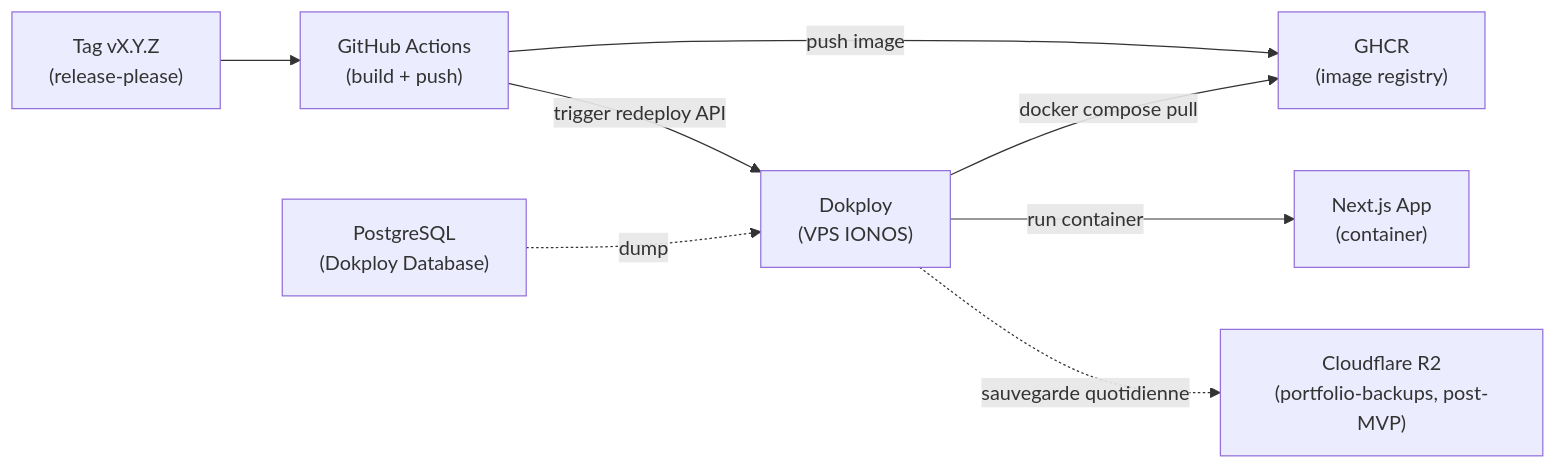
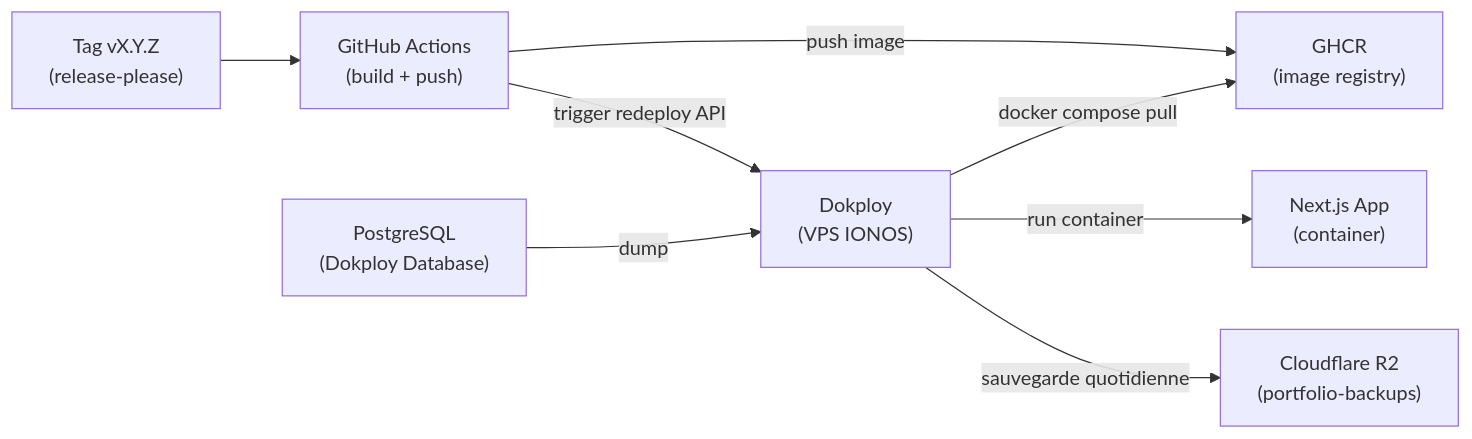
Before and after one commit to thibaud57/thibaud-geisler-portfolio: the second of 4 diagrams in docs/ARCHITECTURE.md, drawn with Mermaid. The commit also changed other lines of this file and 3 other files, not shown here.

````diff
--- a/docs/ARCHITECTURE.md
+++ b/docs/ARCHITECTURE.md
@@ -128,18 +128,18 @@
 ```mermaid
 graph LR
     Tag["Tag vX.Y.Z<br/>(release-please)"]
     GHA["GitHub Actions<br/>(build + push)"]
     GHCR["GHCR<br/>(image registry)"]
     Dokploy["Dokploy<br/>(VPS IONOS)"]
     Next["Next.js App<br/>(container)"]
     PG["PostgreSQL<br/>(Dokploy Database)"]
-    R2["Cloudflare R2<br/>(portfolio-backups, post-MVP)"]
+    R2["Cloudflare R2<br/>(portfolio-backups)"]
 
     Tag --> GHA
     GHA -->|push image| GHCR
     GHA -->|trigger redeploy API| Dokploy
     Dokploy -->|docker compose pull| GHCR
     Dokploy -->|run container| Next
-    PG -.->|dump| Dokploy
-    Dokploy -.->|sauvegarde quotidienne| R2
+    PG -->|dump| Dokploy
+    Dokploy -->|sauvegarde quotidienne| R2
 ```
````
